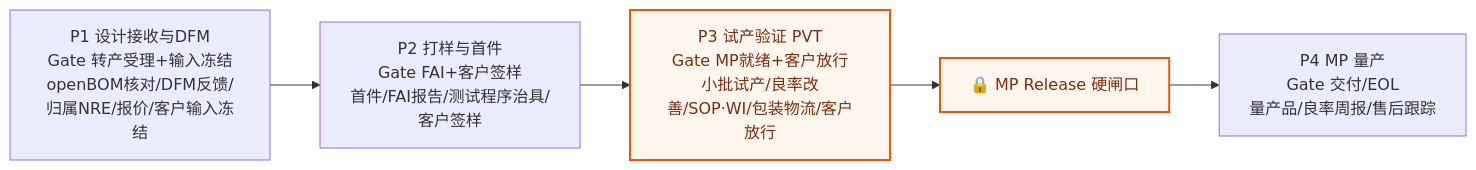
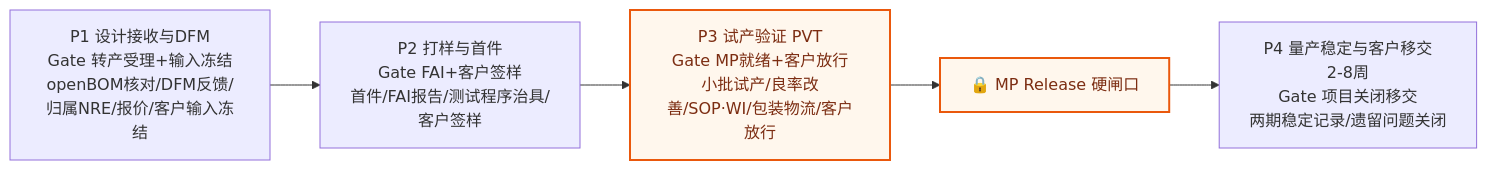
The seventh of 8 diagrams in docs/design/2026-06-29-sop-design.md (RealHanweiHu/ce-project-hub), drawn with Mermaid before and after one commit. The commit also changed other lines of this file and 523 other files, not shown here.

````diff
--- a/docs/design/2026-06-29-sop-design.md
+++ b/docs/design/2026-06-29-sop-design.md
@@ -158,10 +201,10 @@
 ```mermaid
 flowchart LR
   O1["P1 设计接收与DFM<br/>Gate 转产受理+输入冻结<br/>openBOM核对/DFM反馈/归属NRE/报价/客户输入冻结"]
   O2["P2 打样与首件<br/>Gate FAI+客户签样<br/>首件/FAI报告/测试程序治具/客户签样"]
   O3["P3 试产验证 PVT<br/>Gate MP就绪+客户放行<br/>小批试产/良率改善/SOP·WI/包装物流/客户放行"]
-  O4["P4 MP 量产<br/>Gate 交付/EOL<br/>量产品/良率周报/售后跟踪"]
+  O4["P4 量产稳定与客户移交<br/>2-8周<br/>Gate 项目关闭移交<br/>两期稳定记录/遗留问题关闭"]
   O1-->O2-->O3-->REL["🔒 MP Release 硬闸口"]-->O4
   classDef rel fill:#fff7ed,stroke:#ea580c,color:#7c2d12,stroke-width:2px;
   class O3,REL rel;
 ```
````
